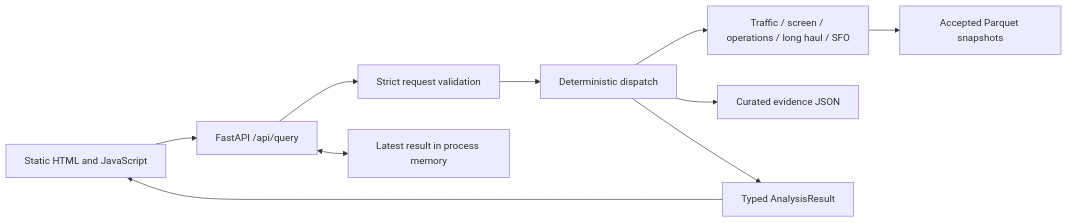
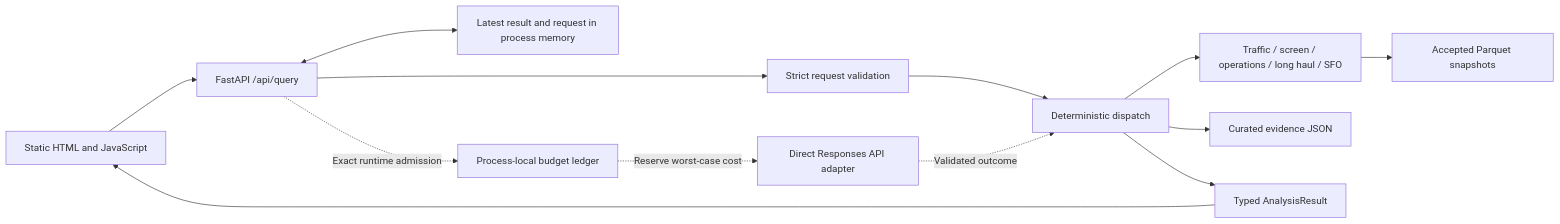
One commit to Bar-Bettash/deloitte-home-assignment changed the diagram in backend/docs/ARCHITECTURE.md. Above: the diagram before and after it, drawn with Mermaid. The commit also changed other lines of this file and 5 other files, not shown here.

````diff
--- a/backend/docs/ARCHITECTURE.md
+++ b/backend/docs/ARCHITECTURE.md
@@ -68,12 +68,15 @@
 ```mermaid
 flowchart LR
     UI[Static HTML and JavaScript] --> API[FastAPI /api/query]
     API --> Contract[Strict request validation]
     Contract --> Dispatch[Deterministic dispatch]
     Dispatch --> Calc[Traffic / screen / operations / long haul / SFO]
     Calc --> Data[Accepted Parquet snapshots]
     Dispatch --> Evidence[Curated evidence JSON]
-    API <--> Session[Latest result in process memory]
+    API <--> Session[Latest result and request in process memory]
+    API -.->|Exact runtime admission| Budget[Process-local budget ledger]
+    Budget -.->|Reserve worst-case cost| Model[Direct Responses API adapter]
+    Model -.->|Validated outcome| Dispatch
     Dispatch --> Result[Typed AnalysisResult]
     Result --> UI
 ```
````
